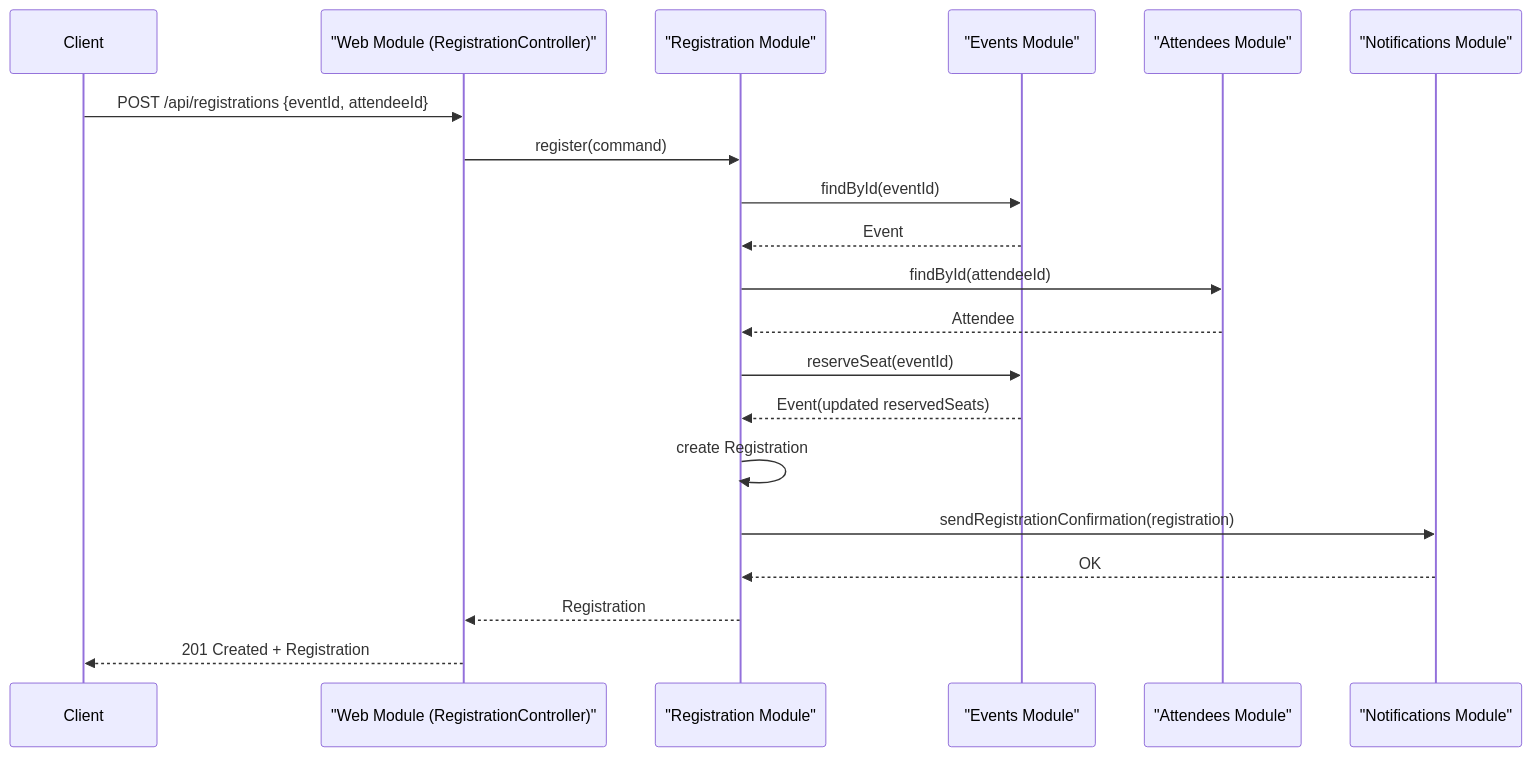
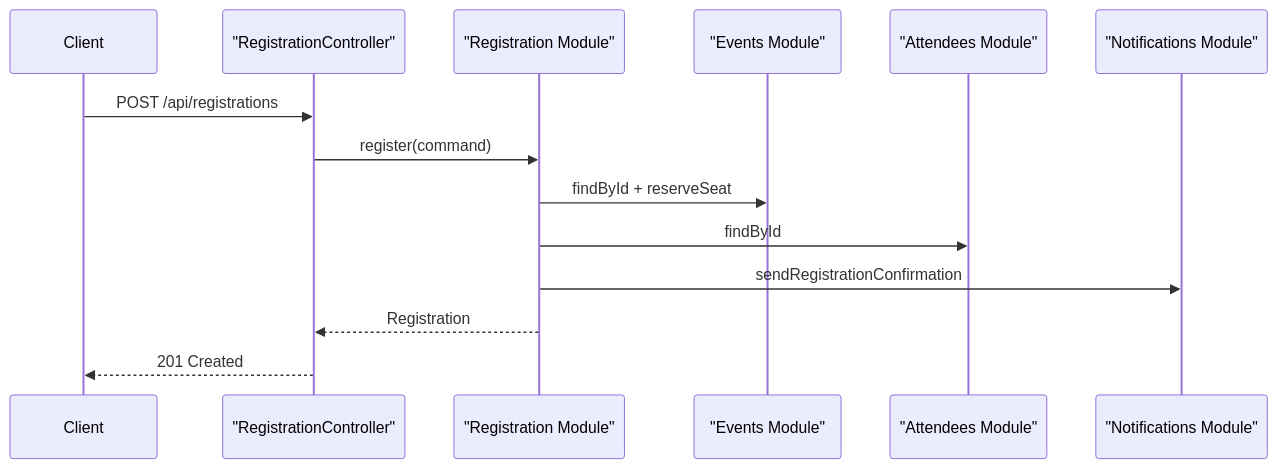
The second of 2 diagrams in docs/ARCHITECTURE.md (kskarimi/evand), drawn with Mermaid before and after one commit. The commit also changed other lines of this file and 2 other files, not shown here.

Commit message:
docs: refresh README and technical docs for current architecture

````diff
--- a/docs/ARCHITECTURE.md
+++ b/docs/ARCHITECTURE.md
@@ -72,23 +77,17 @@
 ```mermaid
 sequenceDiagram
     participant Client
-    participant Web as "Web Module (RegistrationController)"
+    participant Web as "RegistrationController"
     participant Reg as "Registration Module"
     participant Events as "Events Module"
     participant Attendees as "Attendees Module"
     participant Notif as "Notifications Module"
 
-    Client->>Web: POST /api/registrations {eventId, attendeeId}
+    Client->>Web: POST /api/registrations
     Web->>Reg: register(command)
-    Reg->>Events: findById(eventId)
-    Events-->>Reg: Event
-    Reg->>Attendees: findById(attendeeId)
-    Attendees-->>Reg: Attendee
-    Reg->>Events: reserveSeat(eventId)
-    Events-->>Reg: Event(updated reservedSeats)
-    Reg->>Reg: create Registration
-    Reg->>Notif: sendRegistrationConfirmation(registration)
-    Notif-->>Reg: OK
+    Reg->>Events: findById + reserveSeat
+    Reg->>Attendees: findById
+    Reg->>Notif: sendRegistrationConfirmation
     Reg-->>Web: Registration
-    Web-->>Client: 201 Created + Registration
+    Web-->>Client: 201 Created
 ```
````
